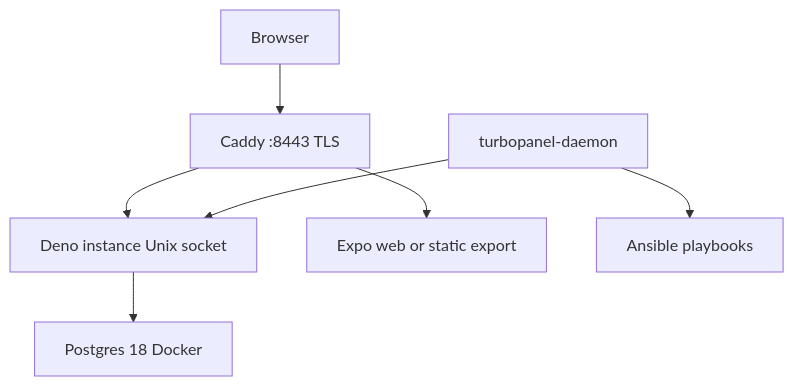
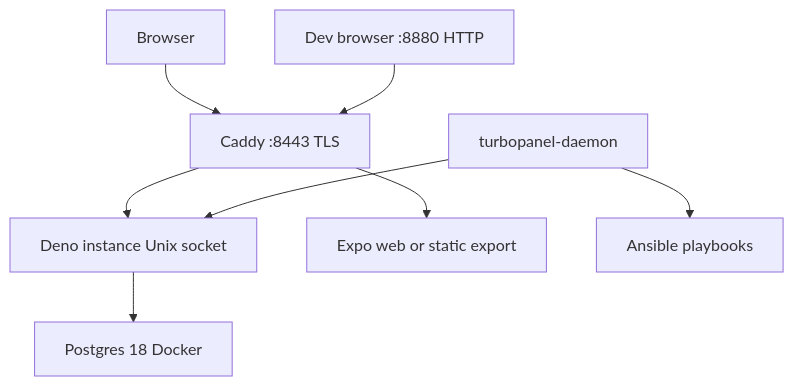
The diagram in docs/deployment/control-plane.mdx (TurboPanel/website), drawn with Mermaid before and after one commit. The commit also changed other lines of this file and 4 other files, not shown here.

First line of the commit message:
Enhance documentation for Caddy HTTP entrypoints in development and deployment

````diff
--- a/docs/deployment/control-plane.mdx
+++ b/docs/deployment/control-plane.mdx
@@ -30,9 +30,10 @@
 ```mermaid
 graph TD
     Browser --> Caddy["Caddy :8443 TLS"]
+    DevBrowser["Dev browser :8880 HTTP"] --> Caddy
     Caddy --> Instance["Deno instance Unix socket"]
     Caddy --> UI["Expo web or static export"]
     Daemon["turbopanel-daemon"] --> Instance
     Instance --> PG["Postgres 18 Docker"]
     Daemon --> Ansible["Ansible playbooks"]
 ```
````
